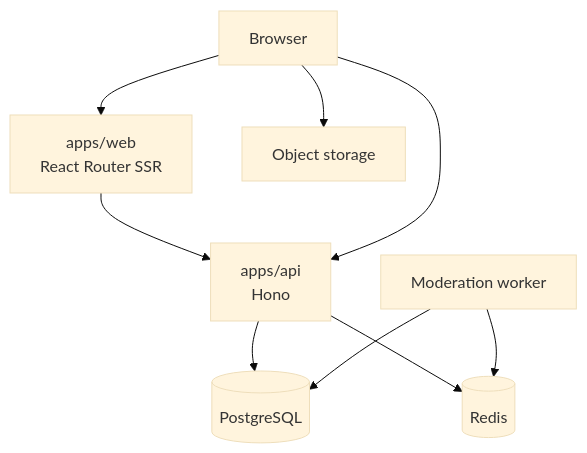
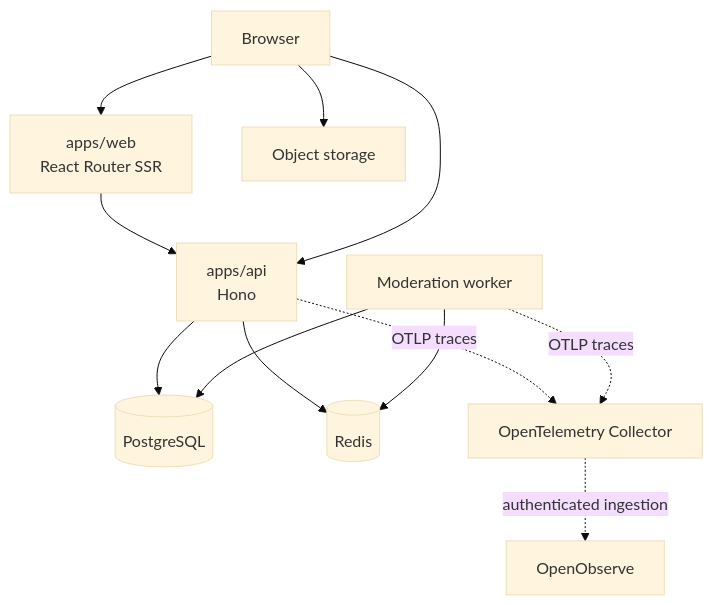
The first of 2 diagrams in docs/arch/architecture.md (cnodejs/cnode-next), drawn with Mermaid (base theme) before and after one commit. The commit also changed other lines of this file and 35 other files, not shown here.

Commit message:
feat(api): add OpenTelemetry observability

````diff
--- a/docs/arch/architecture.md
+++ b/docs/arch/architecture.md
@@ -7,11 +7,14 @@
 ```mermaid
 graph TB
   Browser[Browser] --> Web[apps/web<br/>React Router SSR]
   Web --> API[apps/api<br/>Hono]
   Browser --> API
   Browser --> Storage[Object storage]
   API --> PG[(PostgreSQL)]
   API --> Redis[(Redis)]
   Worker[Moderation worker] --> PG
   Worker --> Redis
+  API -. OTLP traces .-> Collector[OpenTelemetry Collector]
+  Worker -. OTLP traces .-> Collector
+  Collector -. authenticated ingestion .-> OpenObserve[OpenObserve]
 ```
````
